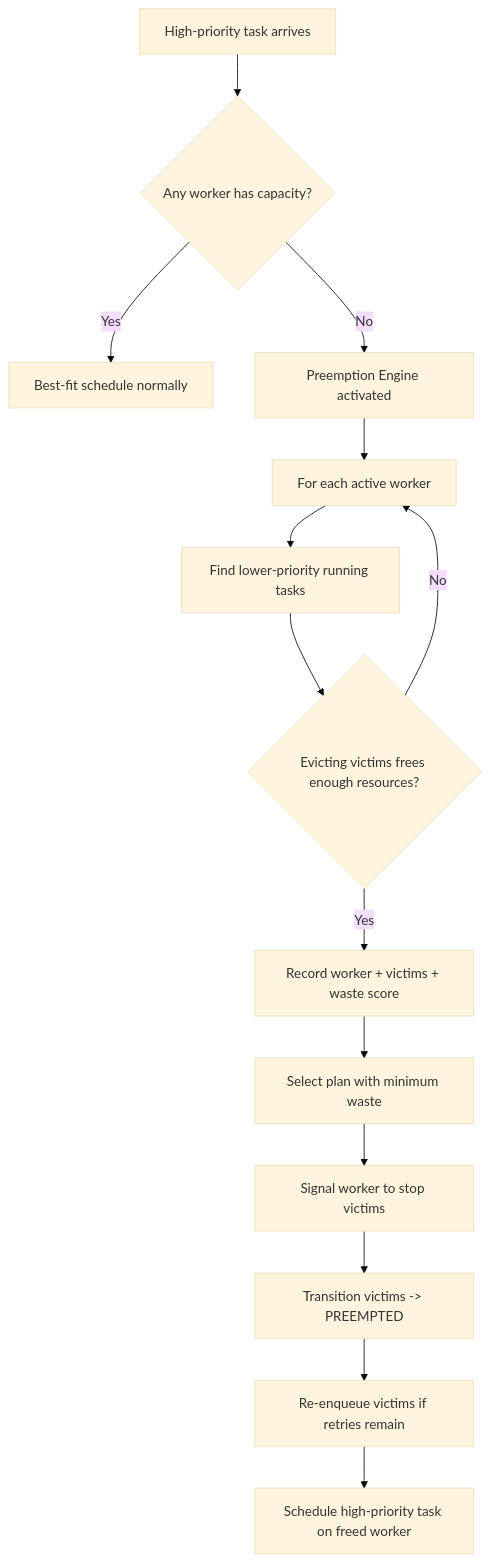
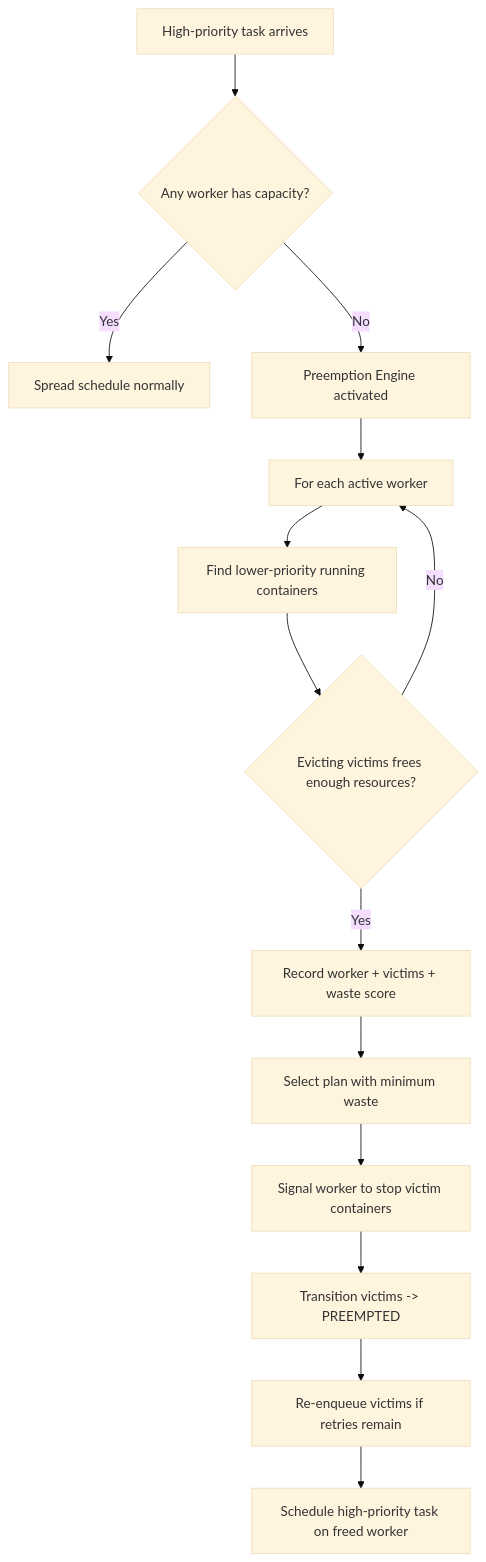
Before and after one commit to epshukla/Distributed-TaskScheduler-Chronos: the sixth of 9 diagrams in docs/architecture.md, drawn with Mermaid (base theme). The commit also changed other lines of this file and 39 other files, not shown here.

````diff
--- a/docs/architecture.md
+++ b/docs/architecture.md
@@ -173,16 +235,16 @@
 ```mermaid
 flowchart TD
     A[High-priority task arrives] --> B{Any worker has capacity?}
-    B -->|Yes| C[Best-fit schedule normally]
+    B -->|Yes| C[Spread schedule normally]
     B -->|No| D[Preemption Engine activated]
     D --> E[For each active worker]
-    E --> F[Find lower-priority running tasks]
+    E --> F[Find lower-priority running containers]
     F --> G{Evicting victims frees enough resources?}
     G -->|Yes| H[Record worker + victims + waste score]
     G -->|No| E
     H --> I[Select plan with minimum waste]
-    I --> J[Signal worker to stop victims]
+    I --> J[Signal worker to stop victim containers]
     J --> K[Transition victims -> PREEMPTED]
     K --> L[Re-enqueue victims if retries remain]
     L --> M[Schedule high-priority task on freed worker]
 ```
````
